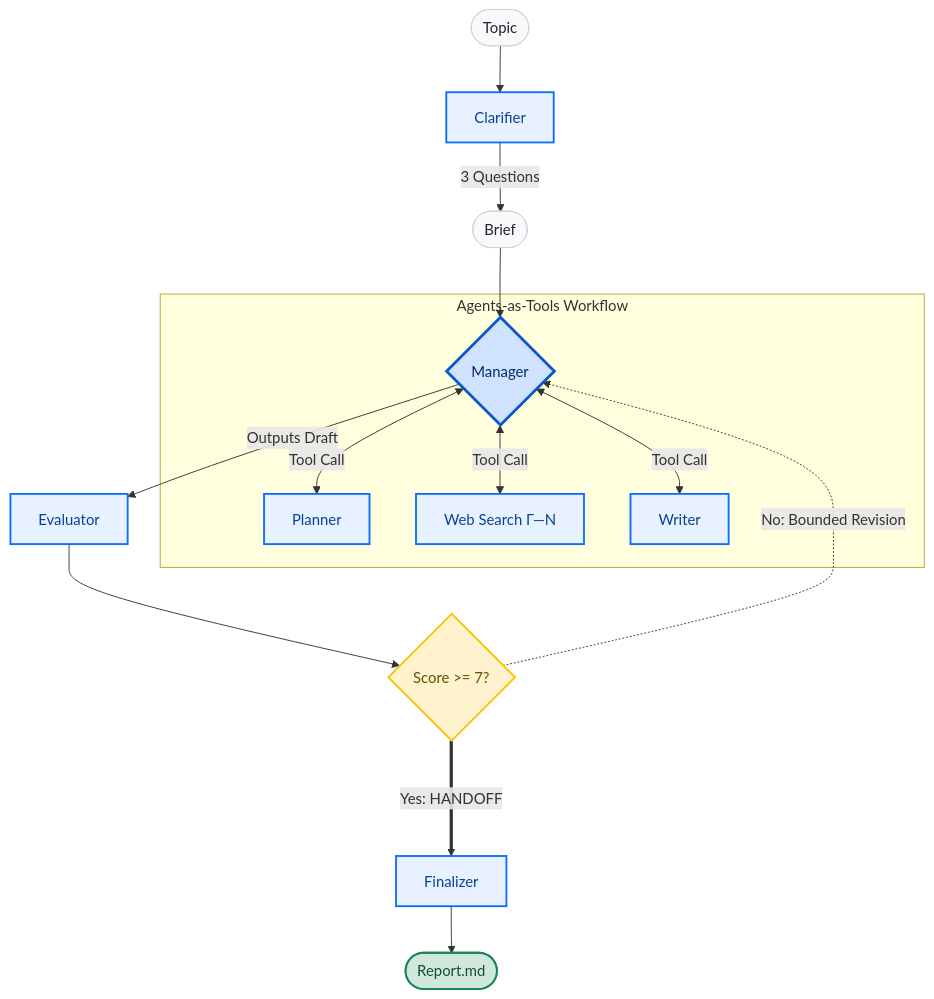
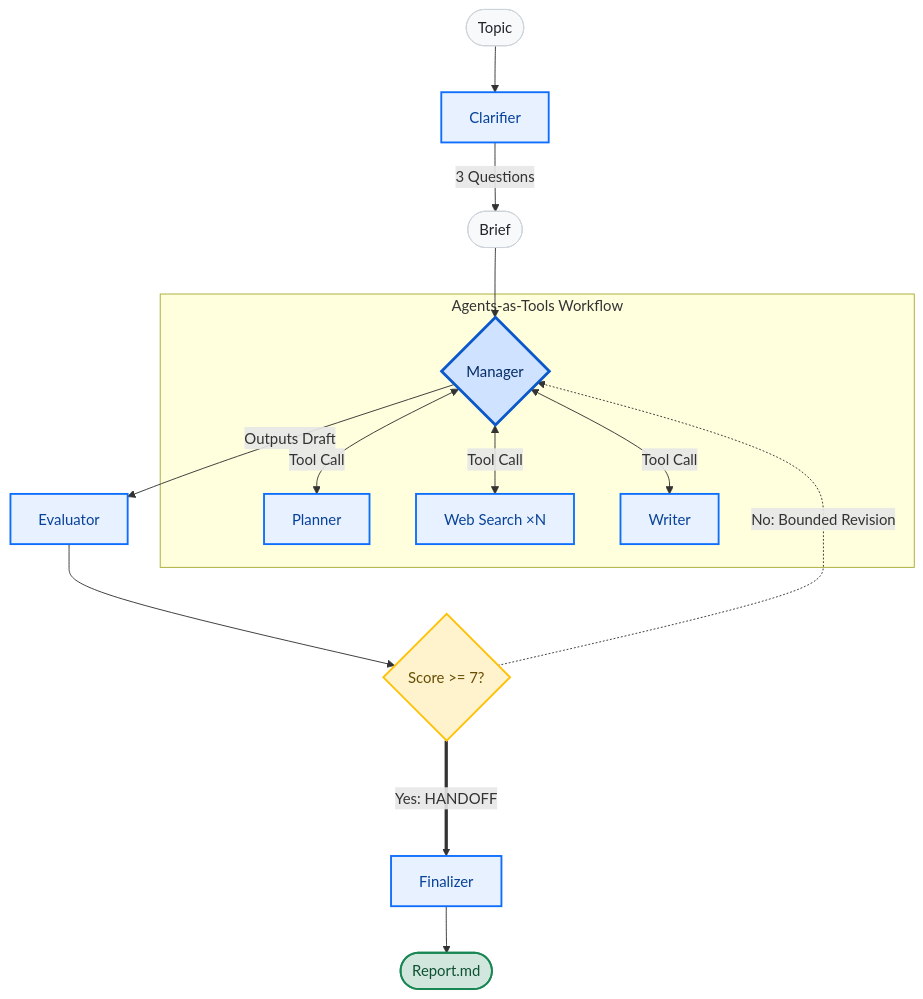
The diagram in README.md (omotsart/multiagency-deep-research), drawn with Mermaid before and after one commit. The commit also changed other lines of this file and 1 other file, not shown here.

````diff
--- a/README.md
+++ b/README.md
@@ -43,39 +44,39 @@
 ```mermaid
 flowchart TD
     %% Styling Classes
     classDef data fill:#f8f9fa,stroke:#ced4da,stroke-width:1px,color:#212529
     classDef worker fill:#e7f1ff,stroke:#0d6efd,stroke-width:2px,color:#084298
     classDef orchestrator fill:#cfe2ff,stroke:#0a58ca,stroke-width:3px,color:#052c65
     classDef eval fill:#fff3cd,stroke:#ffc107,stroke-width:2px,color:#664d03
     classDef finish fill:#d1e7dd,stroke:#198754,stroke-width:2px,color:#0f5132
     
     %% Flow
     Input([Topic]) --> Clarifier[Clarifier]
     Clarifier -->|3 Questions| Brief([Brief])
     Brief --> Manager{Manager}
     
     subgraph workflow_loop [Agents-as-Tools Workflow]
         Manager
         Planner[Planner]
-        Search[Web Search Г—N]
+        Search[Web Search ×N]
         Writer[Writer]
         
         Manager <-->|Tool Call| Planner
         Manager <-->|Tool Call| Search
         Manager <-->|Tool Call| Writer
     end
     
     Manager -->|Outputs Draft| Evaluator[Evaluator]
     Evaluator --> Quality{Score >= 7?}
     Quality -.->|No: Bounded Revision| Manager
     
     Quality ===>|Yes: HANDOFF| Finalizer[Finalizer]
     Finalizer --> Output([Report.md])
 
     %% Class Assignments
     class Input,Brief data
     class Clarifier,Planner,Search,Writer,Evaluator,Finalizer worker
     class Manager orchestrator
     class Quality eval
     class Output finish
 ```
````
